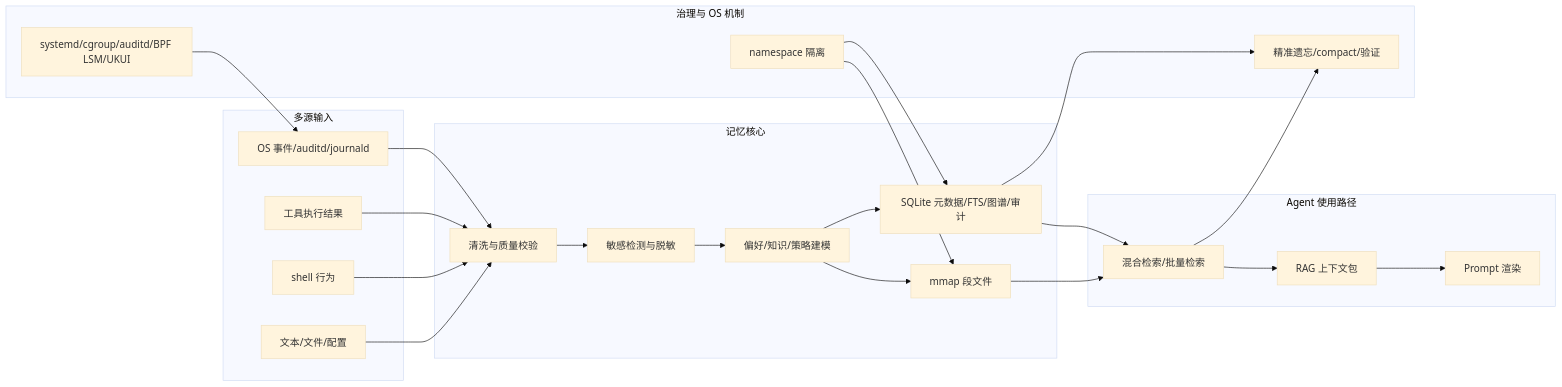
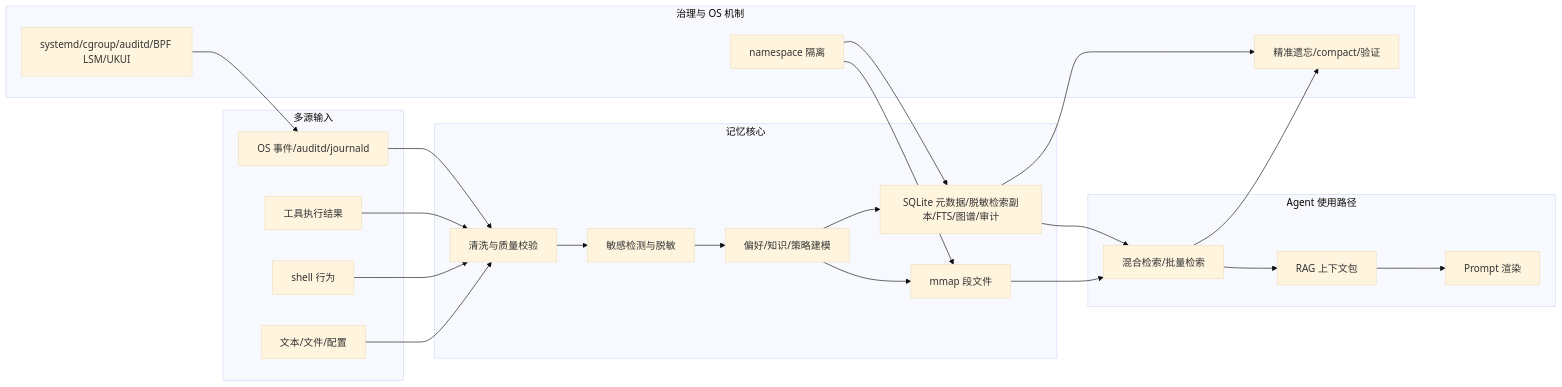
The diagram in README.md (Alexd-star/memguardos), drawn with Mermaid (base theme) before and after one commit. The commit also changed other lines of this file and 47 other files, not shown here.

````diff
--- a/README.md
+++ b/README.md
@@ -72,47 +73,47 @@
 ```mermaid
 flowchart LR
     subgraph Sources["多源输入"]
         A["文本/文件/配置"]
         B["shell 行为"]
         C["工具执行结果"]
         D["OS 事件/auditd/journald"]
     end
 
     subgraph Core["记忆核心"]
         E["清洗与质量校验"]
         F["敏感检测与脱敏"]
         G["偏好/知识/策略建模"]
         H["mmap 段文件"]
-        I["SQLite 元数据/FTS/图谱/审计"]
+        I["SQLite 元数据/脱敏检索副本/FTS/图谱/审计"]
     end
 
     subgraph Use["Agent 使用路径"]
         J["混合检索/批量检索"]
         K["RAG 上下文包"]
         L["Prompt 渲染"]
     end
 
     subgraph Govern["治理与 OS 机制"]
         M["精准遗忘/compact/验证"]
         N["namespace 隔离"]
         O["systemd/cgroup/auditd/BPF LSM/UKUI"]
     end
 
     A --> E
     B --> E
     C --> E
     D --> E
     E --> F
     F --> G
     G --> H
     G --> I
     H --> J
     I --> J
     J --> K
     K --> L
     J --> M
     I --> M
     N --> H
     N --> I
     O --> D
 ```
````
